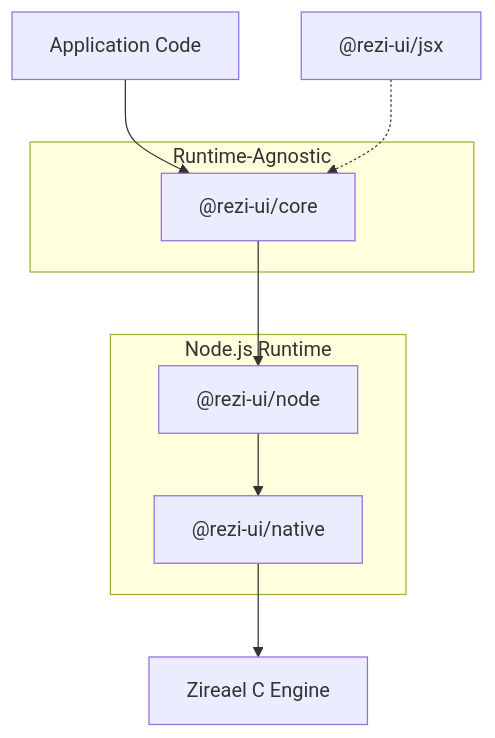
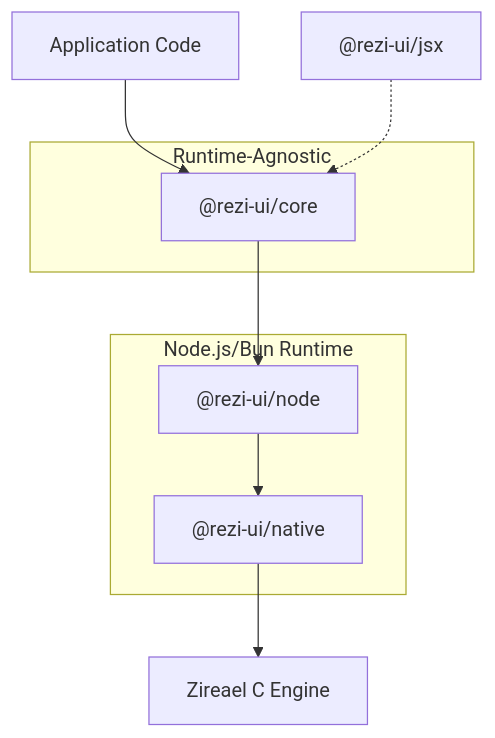
Before and after one commit to RtlZeroMemory/Rezi: the diagram in docs/architecture/index.md, drawn with Mermaid. The commit also changed other lines of this file and 21 other files, not shown here.

````diff
--- a/docs/architecture/index.md
+++ b/docs/architecture/index.md
@@ -7,17 +7,17 @@
 ```mermaid
 flowchart TB
   App["Application Code"] --> Core["@rezi-ui/core"]
   JSX["@rezi-ui/jsx"] -.-> Core
   Core --> Node["@rezi-ui/node"]
   Node --> Native["@rezi-ui/native"]
   Native --> Engine["Zireael C Engine"]
 
   subgraph Runtime-Agnostic
     Core
   end
 
-  subgraph Node.js Runtime
+  subgraph Node.js/Bun Runtime
     Node
     Native
   end
 ```
````
